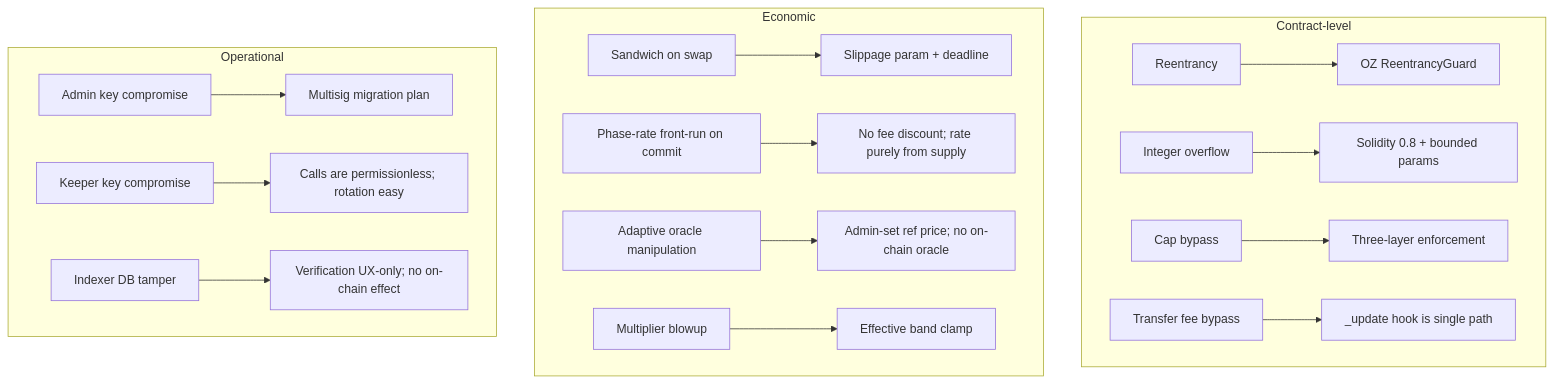
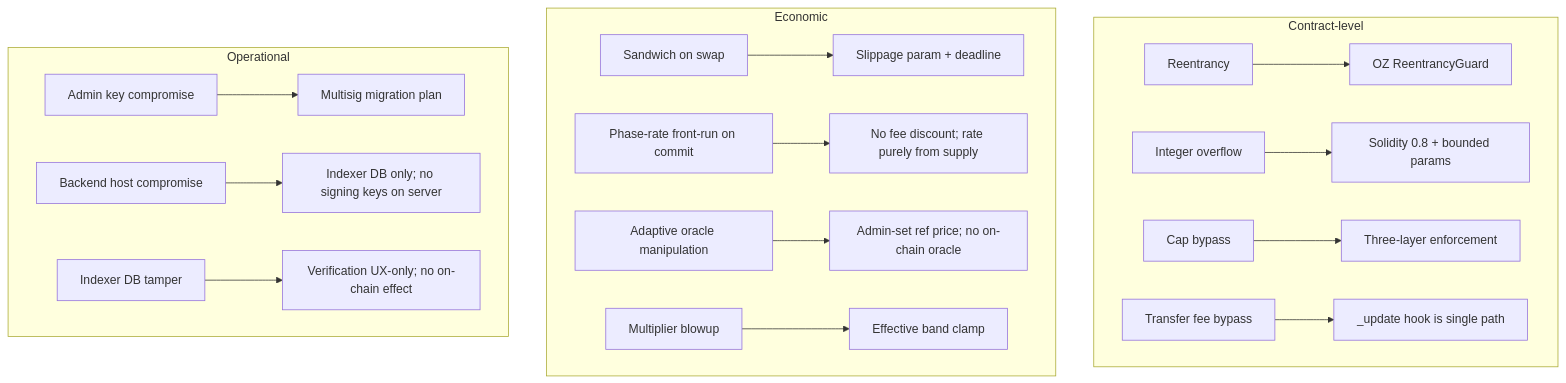
Before and after one commit to dudelynft-dotcom/DF: diagram 17 of 19 in WHITEPAPER.md, drawn with Mermaid. The commit also changed other lines of this file and 2 other files, not shown here.

Commit message:
Whitepaper rewrite for Arc + faucet link in header + backend .env.example refresh

````diff
--- a/WHITEPAPER.md
+++ b/WHITEPAPER.md
@@ -867,20 +851,20 @@
 ```mermaid
 flowchart TB
     subgraph A1 [Contract-level]
         S1[Reentrancy] --> M1[OZ ReentrancyGuard]
         S2[Integer overflow] --> M2[Solidity 0.8 + bounded params]
         S3[Cap bypass] --> M3[Three-layer enforcement]
         S4[Transfer fee bypass] --> M4[_update hook is single path]
     end
     subgraph A2 [Economic]
         E1[Sandwich on swap] --> ME1[Slippage param + deadline]
         E2[Phase-rate front-run on commit] --> ME2[No fee discount; rate purely from supply]
         E3[Adaptive oracle manipulation] --> ME3[Admin-set ref price; no on-chain oracle]
         E4[Multiplier blowup] --> ME4[Effective band clamp]
     end
     subgraph A3 [Operational]
         O1[Admin key compromise] --> MO1[Multisig migration plan]
-        O2[Keeper key compromise] --> MO2[Calls are permissionless; rotation easy]
+        O2[Backend host compromise] --> MO2[Indexer DB only; no signing keys on server]
         O3[Indexer DB tamper] --> MO3[Verification UX-only; no on-chain effect]
     end
 ```
````
